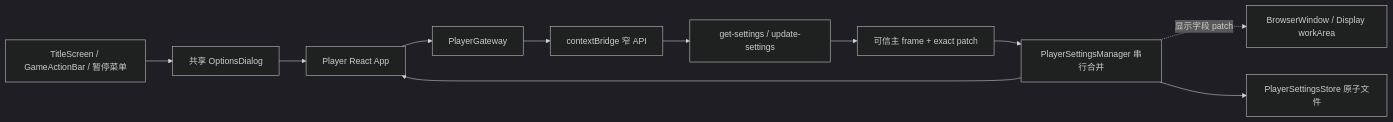
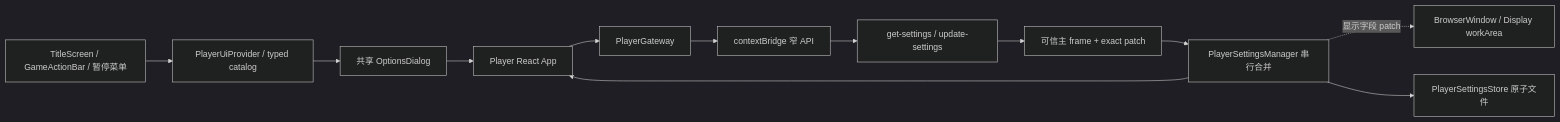
One commit to DarkboyRyan/Scratch-Novel-Engine changed the diagram in docs/player-options-implementation.md. Above: the diagram before and after it, drawn with Mermaid (dark theme). The commit also changed other lines of this file and 147 other files, not shown here.

````diff
--- a/docs/player-options-implementation.md
+++ b/docs/player-options-implementation.md
@@ -67,13 +73,14 @@
 ```mermaid
 flowchart LR
-  UI["TitleScreen / GameActionBar / 暂停菜单"] --> DIALOG["共享 OptionsDialog"]
+  UI["TitleScreen / GameActionBar / 暂停菜单"] --> I18N["PlayerUiProvider / typed catalog"]
+  I18N --> DIALOG["共享 OptionsDialog"]
   DIALOG --> APP["Player React App"]
   APP --> GATEWAY["PlayerGateway"]
   GATEWAY --> PRELOAD["contextBridge 窄 API"]
   PRELOAD --> IPC["get-settings / update-settings"]
   IPC --> TRUST["可信主 frame + exact patch"]
   TRUST --> MANAGER["PlayerSettingsManager 串行合并"]
   MANAGER -.->|显示字段 patch| WINDOW["BrowserWindow / Display workArea"]
   MANAGER --> STORE["PlayerSettingsStore 原子文件"]
   MANAGER --> APP
 ```
````
